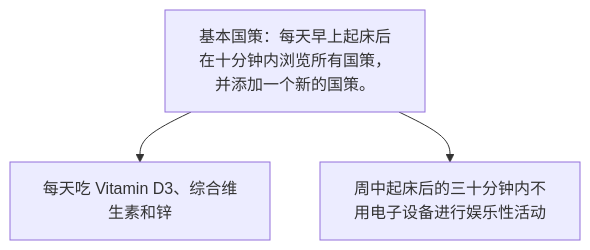
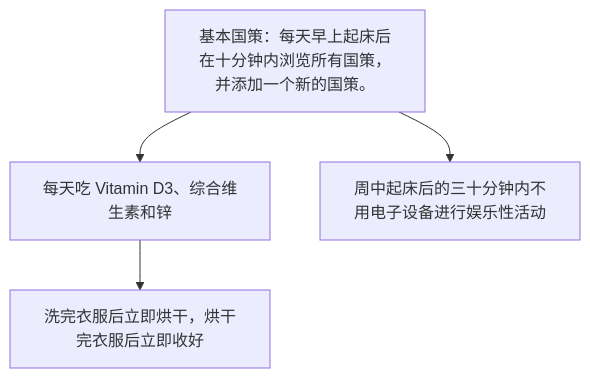
The diagram in national_policies.mermaid (HeavyWhale/RSIP), drawn with Mermaid before and after one commit.

```diff
--- a/national_policies.mermaid
+++ b/national_policies.mermaid
@@ -1,4 +1,5 @@
 graph TD
     A[基本国策：每天早上起床后在十分钟内浏览所有国策，并添加一个新的国策。]
     A --> B[每天吃 Vitamin D3、综合维生素和锌]
+    B --> BA[洗完衣服后立即烘干，烘干完衣服后立即收好]
     A --> C[周中起床后的三十分钟内不用电子设备进行娱乐性活动]
```
